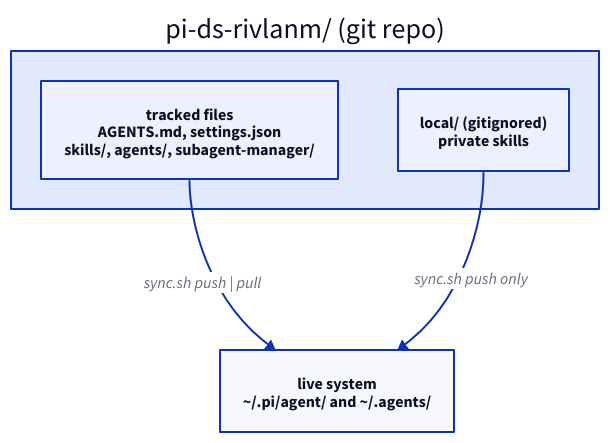
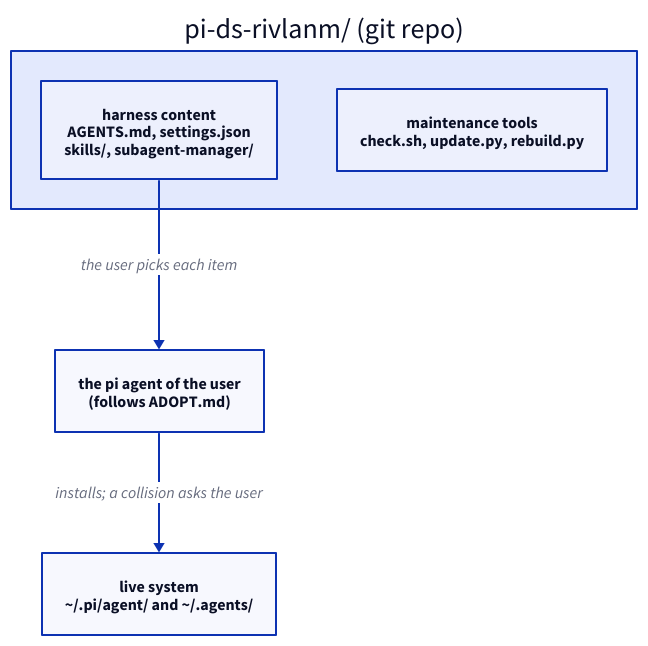
Before and after one commit to rivera-lanasm/pi-ds-rivlanm: the diagram in diagrams/readme/repo-structure.d2, drawn with D2. The commit also changed 15 other files, not shown here.

```diff
--- a/diagrams/readme/repo-structure.d2
+++ b/diagrams/readme/repo-structure.d2
@@ -1,8 +1,9 @@
 repo: "pi-ds-rivlanm/ (git repo)" {
-  tracked: "tracked files\nAGENTS.md, settings.json\nskills/, agents/, subagent-manager/"
-  local: "local/ (gitignored)\nprivate skills"
+  content: "harness content\nAGENTS.md, settings.json\nskills/, subagent-manager/"
+  tools: "maintenance tools\ncheck.sh, update.py, rebuild.py"
 }
+agent: "the pi agent of the user\n(follows ADOPT.md)"
 live: "live system\n~/.pi/agent/ and ~/.agents/"
 
-repo.tracked -> live: "sync.sh push | pull"
-repo.local -> live: "sync.sh push only"
+repo.content -> agent: "the user picks each item"
+agent -> live: "installs; a collision asks the user"
```
